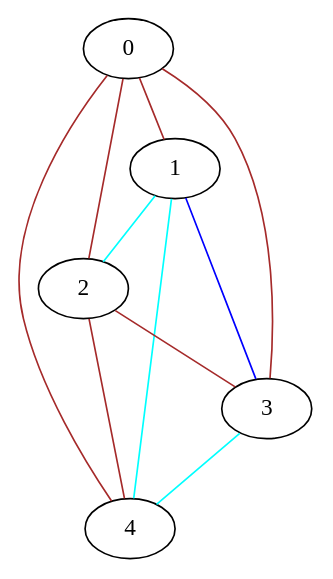
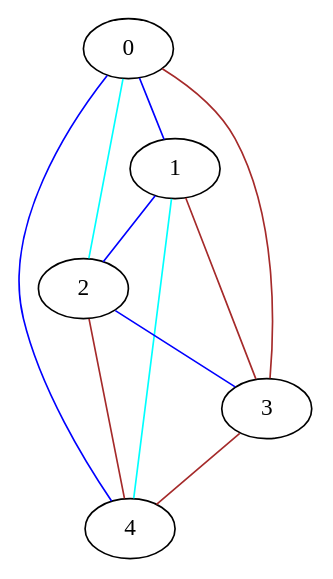
The diagram in src/final/Graph.dot (lrodrin/TFG), drawn with Graphviz before and after one commit. The commit also changed 14 other files, not shown here.

```diff
--- a/src/final/Graph.dot
+++ b/src/final/Graph.dot
@@ -1,17 +1,17 @@
 strict graph "complete_graph(5)" {
 0;
 1;
 2;
 3;
 4;
-0 -- 1  [color=brown];
-0 -- 2  [color=brown];
+0 -- 1  [color=blue];
+0 -- 2  [color=cyan];
 0 -- 3  [color=brown];
-0 -- 4  [color=brown];
-1 -- 2  [color=cyan];
-1 -- 3  [color=blue];
+0 -- 4  [color=blue];
+1 -- 2  [color=blue];
+1 -- 3  [color=brown];
 1 -- 4  [color=cyan];
-2 -- 3  [color=brown];
+2 -- 3  [color=blue];
 2 -- 4  [color=brown];
-3 -- 4  [color=cyan];
+3 -- 4  [color=brown];
 }
```
